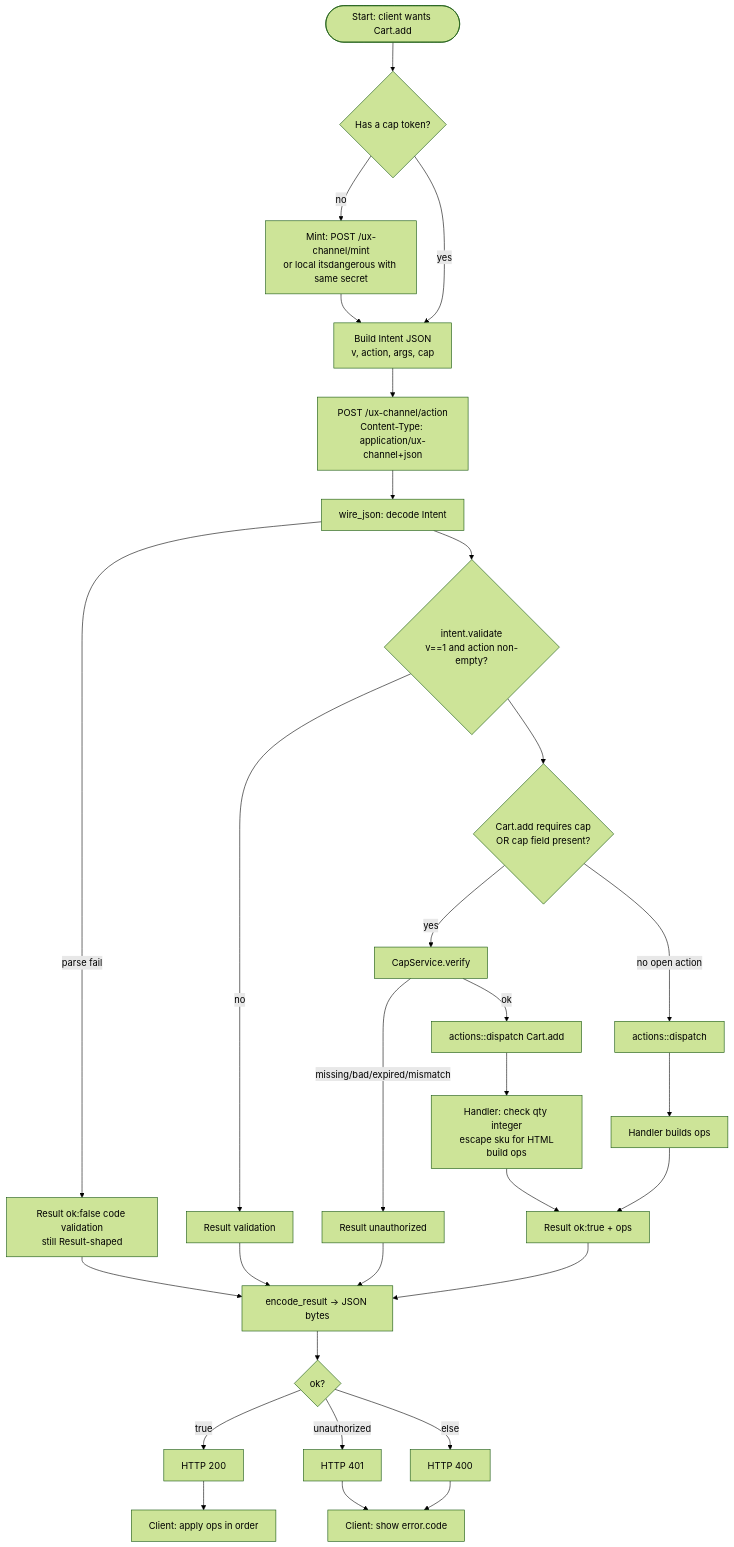
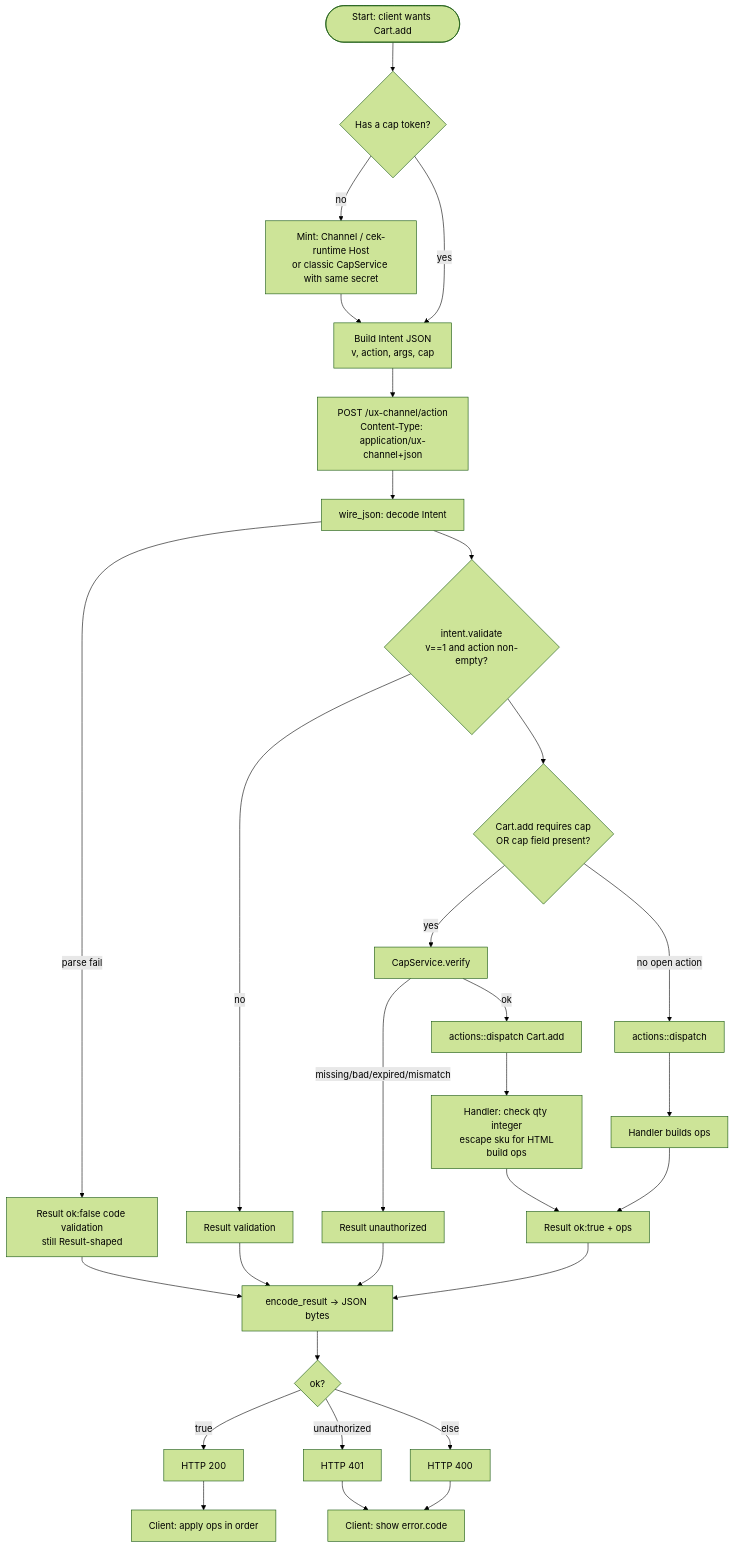
Before and after one commit to bitplorer/ux-channel: the third of 7 diagrams in HOW_IT_WORKS.md, drawn with Mermaid (forest theme). The commit also changed other lines of this file and 68 other files, not shown here.

First line of the commit message:
feat(cek): delete parallel arch/HostRuntime kernel (cut #4) (#21)

````diff
--- a/HOW_IT_WORKS.md
+++ b/HOW_IT_WORKS.md
@@ -240,32 +240,32 @@
 ```mermaid
 flowchart TD
   S([Start: client wants Cart.add]) --> M{Has a cap token?}
-  M -->|no| MINT[Mint: POST /ux-channel/mint<br/>or local itsdangerous with same secret]
+  M -->|no| MINT[Mint: Channel / cek-runtime Host<br/>or classic CapService with same secret]
   MINT --> BUILD
   M -->|yes| BUILD[Build Intent JSON<br/>v, action, args, cap]
   BUILD --> POST[POST /ux-channel/action<br/>Content-Type: application/ux-channel+json]
   POST --> DEC[wire_json: decode Intent]
   DEC -->|parse fail| WFAIL[Result ok:false code validation<br/>still Result-shaped]
   DEC --> VAL{intent.validate<br/>v==1 and action non-empty?}
   VAL -->|no| VFAIL[Result validation]
   VAL --> CAPQ{Cart.add requires cap<br/>OR cap field present?}
   CAPQ -->|yes| VER[CapService.verify]
   VER -->|missing/bad/expired/mismatch| UFAIL[Result unauthorized]
   VER -->|ok| DISP[actions::dispatch Cart.add]
   CAPQ -->|no open action| DISP2[actions::dispatch]
   DISP --> HAND[Handler: check qty integer<br/>escape sku for HTML<br/>build ops]
   DISP2 --> HAND2[Handler builds ops]
   HAND --> OK[Result ok:true + ops]
   HAND2 --> OK
   OK --> ENC[encode_result → JSON bytes]
   WFAIL --> ENC
   VFAIL --> ENC
   UFAIL --> ENC
   ENC --> HTTPST{ok?}
   HTTPST -->|true| H200[HTTP 200]
   HTTPST -->|unauthorized| H401[HTTP 401]
   HTTPST -->|else| H400[HTTP 400]
   H200 --> CLIENT[Client: apply ops in order]
   H401 --> CLIENT2[Client: show error.code]
   H400 --> CLIENT2
 ```
````
